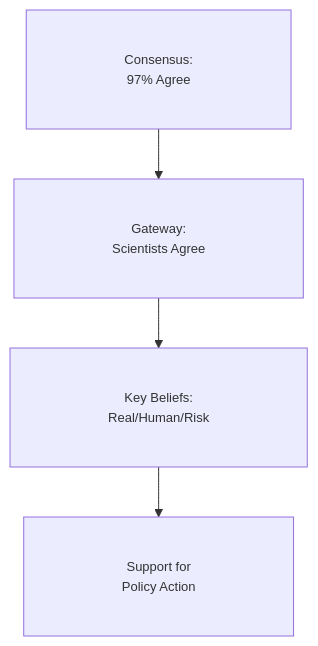
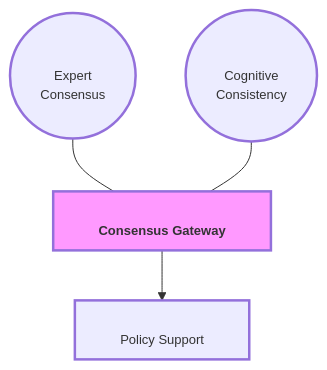
The seventh of 8 diagrams in Communication_Influence/Mastery_Guide_SOW_BS033.md (GM024/CourseSummaries), drawn with Mermaid before and after one commit. The commit also changed other lines of this file, not shown here.

Commit message:
Final Visual Overhaul: Sandbox padding, APA metadata, and thickened borders

````diff
--- a/Communication_Influence/Mastery_Guide_SOW_BS033.md
+++ b/Communication_Influence/Mastery_Guide_SOW_BS033.md
@@ -207,7 +176,13 @@
 ```mermaid
-%%{init: {'flowchart': {'padding': 40}, 'themeVariables': { 'fontSize': '13px' }}}%%
+%%{init: { 'flowchart': { 'padding': 10 }, 'themeVariables': { 'fontSize': '13px' }}}%%
 graph TD
-    Consensus["&nbsp;&nbsp;&nbsp;&nbsp; Consensus: &nbsp;&nbsp;&nbsp;&nbsp;<br/>&nbsp;&nbsp;&nbsp;&nbsp; 97% Agree &nbsp;&nbsp;&nbsp;&nbsp;"] --> Gateway["&nbsp;&nbsp;&nbsp;&nbsp; Gateway: &nbsp;&nbsp;&nbsp;&nbsp;<br/>&nbsp;&nbsp;&nbsp;&nbsp; Scientists Agree &nbsp;&nbsp;&nbsp;&nbsp;"]
-    Gateway --> KeyBeliefs["&nbsp;&nbsp;&nbsp;&nbsp; Key Beliefs: &nbsp;&nbsp;&nbsp;&nbsp;<br/>&nbsp;&nbsp;&nbsp;&nbsp; Real/Human/Risk &nbsp;&nbsp;&nbsp;&nbsp;"]
-    KeyBeliefs --> PolicySupport["&nbsp;&nbsp;&nbsp;&nbsp; Support for &nbsp;&nbsp;&nbsp;&nbsp;<br/>&nbsp;&nbsp;&nbsp;&nbsp; Policy Action &nbsp;&nbsp;&nbsp;&nbsp;"]
+    Hub["<br/>&nbsp;&nbsp;&nbsp;&nbsp;&nbsp;&nbsp; Consensus Gateway &nbsp;&nbsp;&nbsp;&nbsp;&nbsp;&nbsp;<br/>"]:::hubNode
+    
+    S1(("<br/>&nbsp;&nbsp;&nbsp;&nbsp;&nbsp;&nbsp; Expert &nbsp;&nbsp;&nbsp;&nbsp;&nbsp;&nbsp;<br/>&nbsp;&nbsp;&nbsp;&nbsp;&nbsp;&nbsp; Consensus &nbsp;&nbsp;&nbsp;&nbsp;&nbsp;&nbsp;<br/>")) --- Hub
+    S2(("<br/>&nbsp;&nbsp;&nbsp;&nbsp;&nbsp;&nbsp; Cognitive &nbsp;&nbsp;&nbsp;&nbsp;&nbsp;&nbsp;<br/>&nbsp;&nbsp;&nbsp;&nbsp;&nbsp;&nbsp; Consistency &nbsp;&nbsp;&nbsp;&nbsp;&nbsp;&nbsp;<br/>")) --- Hub
+    
+    Hub --> B1["<br/>&nbsp;&nbsp;&nbsp;&nbsp;&nbsp;&nbsp; Policy Support &nbsp;&nbsp;&nbsp;&nbsp;&nbsp;&nbsp;<br/>"]
+    
+    classDef hubNode font-weight:bold,stroke-width:2.5px,fill:#f9f;
+    classDef default stroke-width:2.5px;
 ```
````
